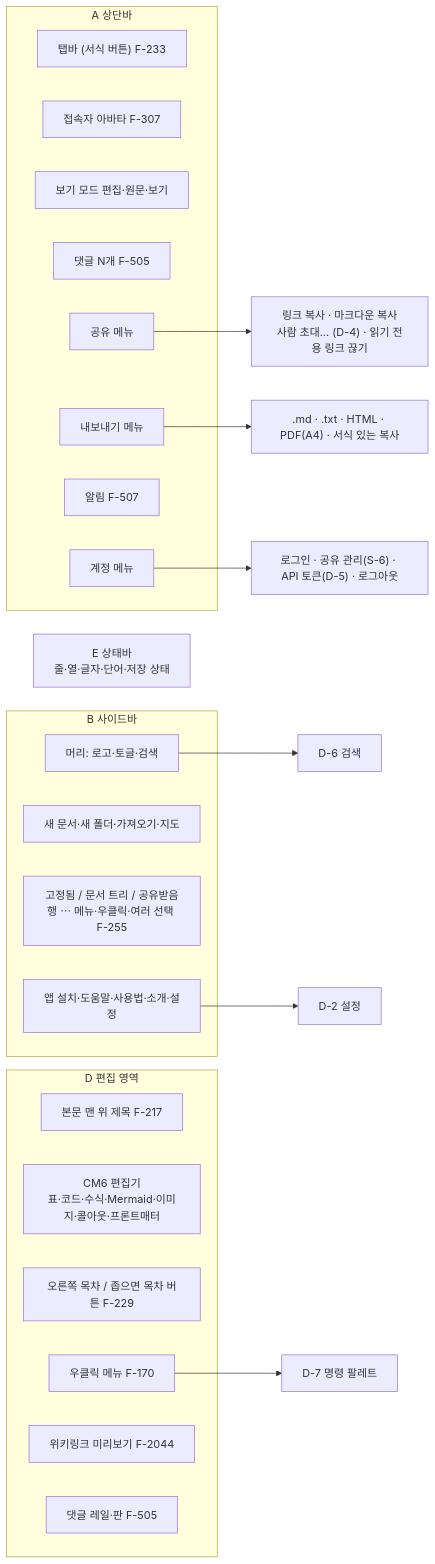
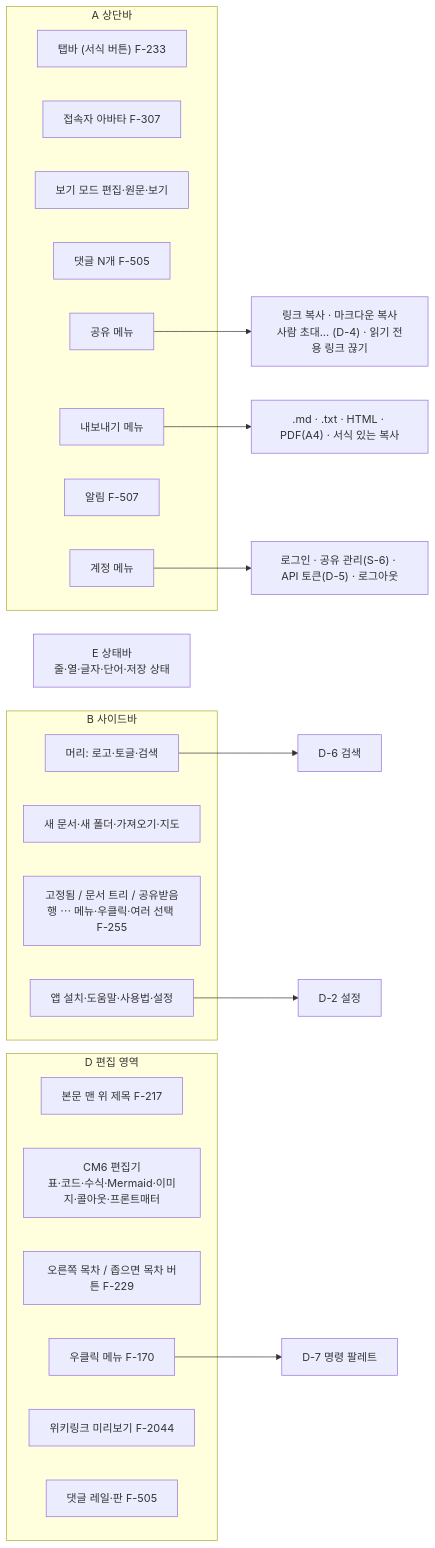
The third of 5 diagrams in specs/map.md (R00neyj/rawdoc), drawn with Mermaid before and after one commit. The commit also changed other lines of this file and 9 other files, not shown here.

````diff
--- a/specs/map.md
+++ b/specs/map.md
@@ -67,35 +67,35 @@
 ```mermaid
 flowchart LR
   subgraph A["A 상단바"]
     A1["탭바 (서식 버튼) F-233"]
     A2["접속자 아바타 F-307"]
     A3["보기 모드 편집·원문·보기"]
     A4["댓글 N개 F-505"]
     A5["공유 메뉴"]
     A6["내보내기 메뉴"]
     A7["알림 F-507"]
     A8["계정 메뉴"]
   end
   subgraph B["B 사이드바"]
     B1["머리: 로고·토글·검색"]
     B2["새 문서·새 폴더·가져오기·지도"]
     B3["고정됨 / 문서 트리 / 공유받음<br/>행 ⋯ 메뉴·우클릭·여러 선택 F-255"]
-    B4["앱 설치·도움말·사용법·소개·설정"]
+    B4["앱 설치·도움말·사용법·설정"]
   end
   subgraph D["D 편집 영역"]
     D1["본문 맨 위 제목 F-217"]
     D2["CM6 편집기<br/>표·코드·수식·Mermaid·이미지·콜아웃·프론트매터"]
     D3["오른쪽 목차 / 좁으면 목차 버튼 F-229"]
     D4["우클릭 메뉴 F-170"]
     D5["위키링크 미리보기 F-2044"]
     D6["댓글 레일·판 F-505"]
   end
   E["E 상태바<br/>줄·열·글자·단어·저장 상태"]
 
   A5 --> share["링크 복사 · 마크다운 복사<br/>사람 초대… (D-4) · 읽기 전용 링크 끊기"]
   A6 --> export[".md · .txt · HTML · PDF(A4) · 서식 있는 복사"]
   A8 --> account["로그인 · 공유 관리(S-6) · API 토큰(D-5) · 로그아웃"]
   B1 --> D6dlg["D-6 검색"]
   B4 --> D2dlg["D-2 설정"]
   D4 --> D7dlg["D-7 명령 팔레트"]
 ```
````
